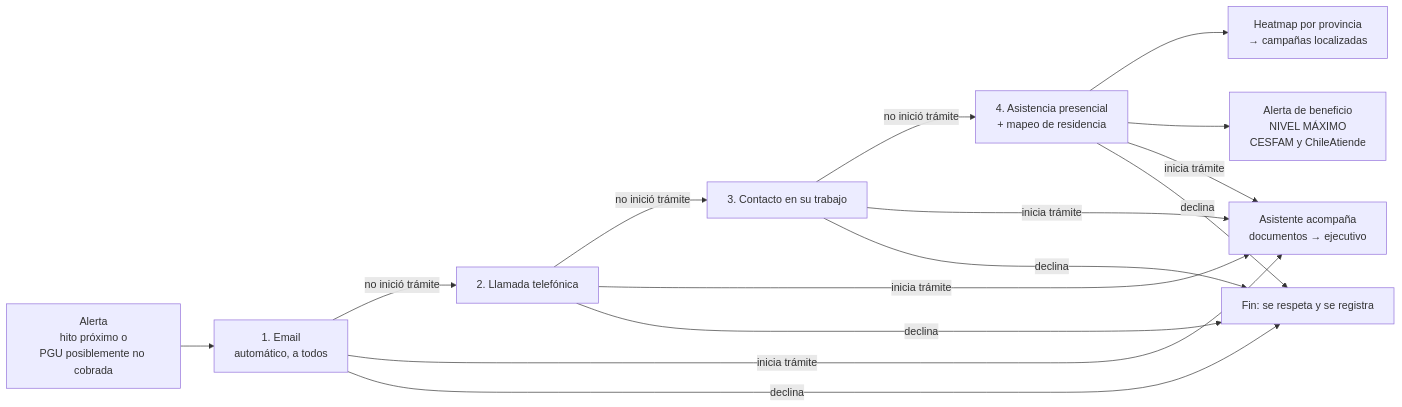
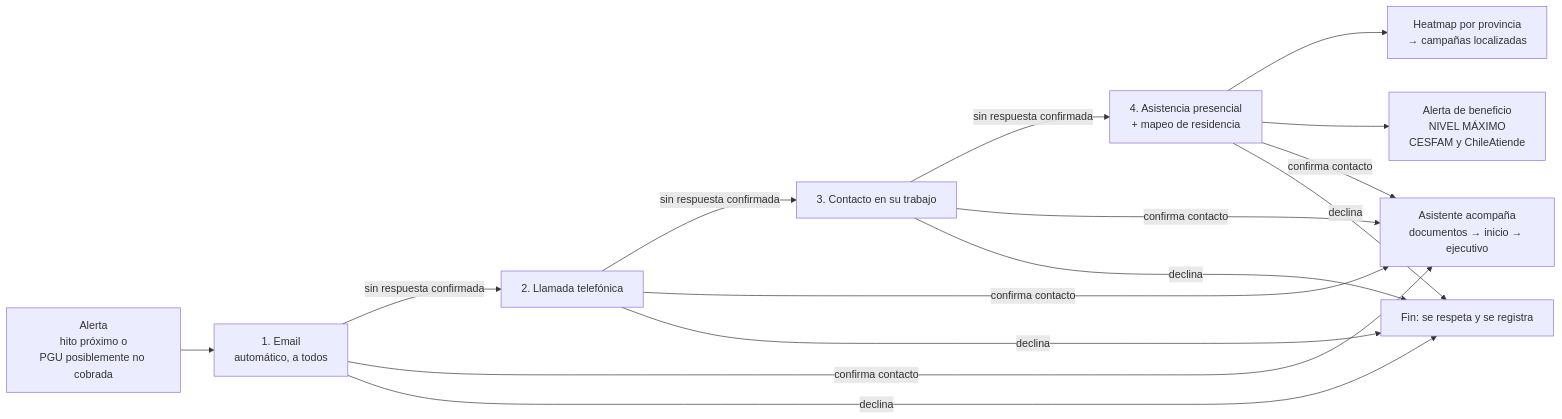
The diagram in 20-arquitectura/contacto-y-campanas.md (brunoponcem/hackaton-aws), drawn with Mermaid before and after one commit. The commit also changed other lines of this file and 11 other files, not shown here.

````diff
--- a/20-arquitectura/contacto-y-campanas.md
+++ b/20-arquitectura/contacto-y-campanas.md
@@ -18,11 +18,11 @@
 ```mermaid
 flowchart LR
   AL["Alerta<br/>hito próximo o<br/>PGU posiblemente no cobrada"] --> E1["1. Email<br/>automático, a todos"]
-  E1 -- no inició trámite --> E2["2. Llamada telefónica"]
-  E2 -- no inició trámite --> E3["3. Contacto en su trabajo"]
-  E3 -- no inició trámite --> E4["4. Asistencia presencial<br/>+ mapeo de residencia"]
+  E1 -- sin respuesta confirmada --> E2["2. Llamada telefónica"]
+  E2 -- sin respuesta confirmada --> E3["3. Contacto en su trabajo"]
+  E3 -- sin respuesta confirmada --> E4["4. Asistencia presencial<br/>+ mapeo de residencia"]
   E4 --> HM["Heatmap por provincia<br/>→ campañas localizadas"]
   E4 --> AM["Alerta de beneficio<br/>NIVEL MÁXIMO<br/>CESFAM y ChileAtiende"]
-  E1 & E2 & E3 & E4 -- inicia trámite --> TR["Asistente acompaña<br/>documentos → ejecutivo"]
+  E1 & E2 & E3 & E4 -- confirma contacto --> TR["Asistente acompaña<br/>documentos → inicio → ejecutivo"]
   E1 & E2 & E3 & E4 -- declina --> FIN["Fin: se respeta y se registra"]
 ```
````
